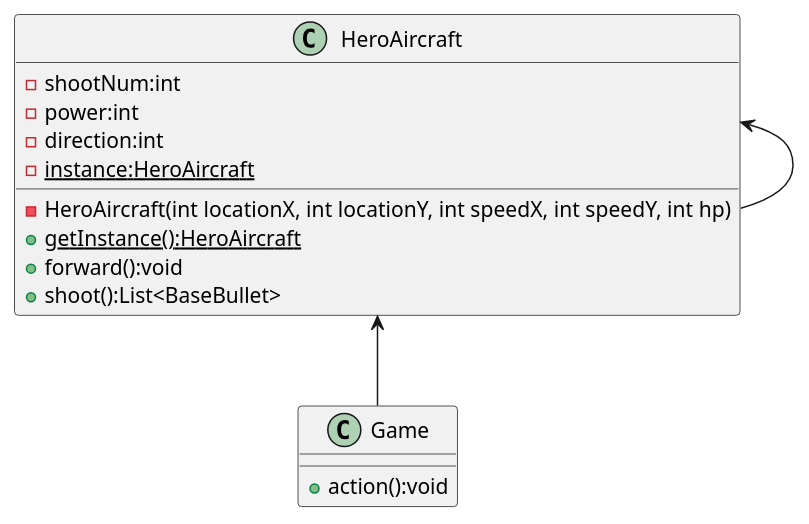
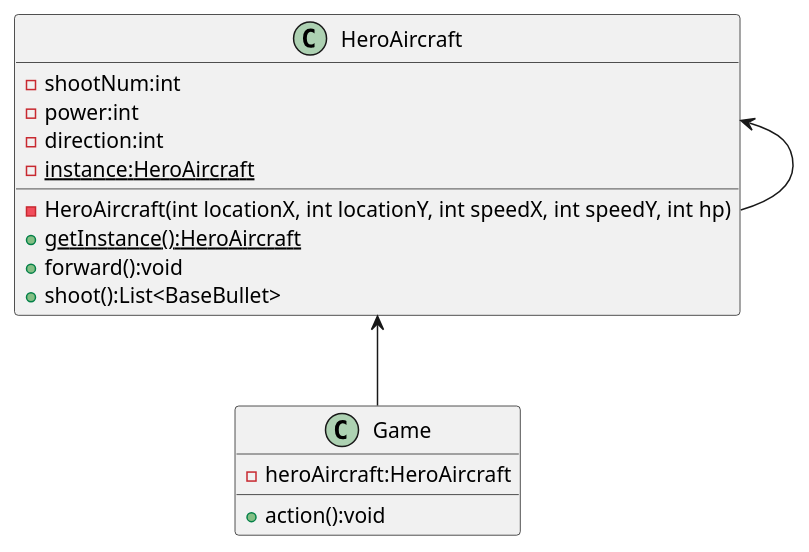
The diagram in uml/HeroAircraftSingleton.puml (linkfqy/AircraftWar), drawn with PlantUML before and after one commit. The commit also changed 2 other files, not shown here.

Commit message:
Corrected the UML for exp.2

```diff
--- a/uml/HeroAircraftSingleton.puml
+++ b/uml/HeroAircraftSingleton.puml
@@ -1,17 +1,18 @@
 @startuml
 class HeroAircraft {
     - shootNum:int
     - power:int
     - direction:int
     - {static} instance:HeroAircraft
     - HeroAircraft(int locationX, int locationY, int speedX, int speedY, int hp)
     + {static} getInstance():HeroAircraft
     + forward():void
     + shoot():List<BaseBullet>
 }
 class Game {
+    - heroAircraft:HeroAircraft
     + action():void
 }
 HeroAircraft <-- Game
 HeroAircraft <-- HeroAircraft
 @enduml
```
